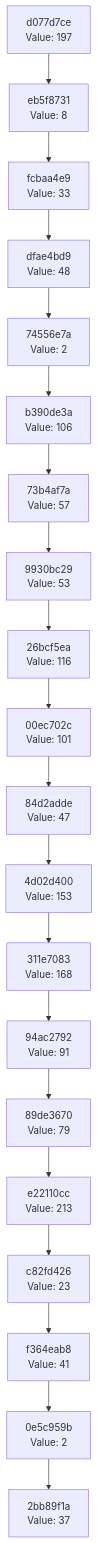
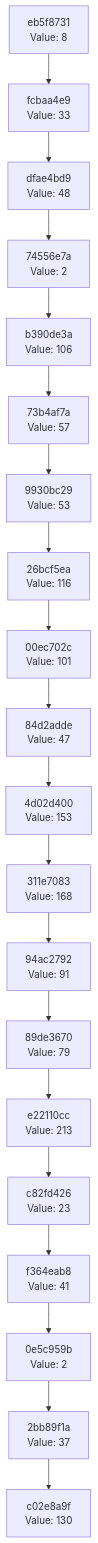
One commit to Abhisheksinha1506/hash-chain-evolver changed the diagram in docs/CHAIN_VISUALIZATION.md. Above: the diagram before and after it, drawn with Mermaid. The commit also changed 3 other files, not shown here.

````diff
--- a/docs/CHAIN_VISUALIZATION.md
+++ b/docs/CHAIN_VISUALIZATION.md
@@ -3,42 +3,42 @@
 ```mermaid
 graph TD
-    C0["2bb89f1a<br/>Value: 37"]
-    C1["0e5c959b<br/>Value: 2"]
+    C0["c02e8a9f<br/>Value: 130"]
+    C1["2bb89f1a<br/>Value: 37"]
     C1 --> C0
-    C2["f364eab8<br/>Value: 41"]
+    C2["0e5c959b<br/>Value: 2"]
     C2 --> C1
-    C3["c82fd426<br/>Value: 23"]
+    C3["f364eab8<br/>Value: 41"]
     C3 --> C2
-    C4["e22110cc<br/>Value: 213"]
+    C4["c82fd426<br/>Value: 23"]
     C4 --> C3
-    C5["89de3670<br/>Value: 79"]
+    C5["e22110cc<br/>Value: 213"]
     C5 --> C4
-    C6["94ac2792<br/>Value: 91"]
+    C6["89de3670<br/>Value: 79"]
     C6 --> C5
-    C7["311e7083<br/>Value: 168"]
+    C7["94ac2792<br/>Value: 91"]
     C7 --> C6
-    C8["4d02d400<br/>Value: 153"]
+    C8["311e7083<br/>Value: 168"]
     C8 --> C7
-    C9["84d2adde<br/>Value: 47"]
+    C9["4d02d400<br/>Value: 153"]
     C9 --> C8
-    C10["00ec702c<br/>Value: 101"]
+    C10["84d2adde<br/>Value: 47"]
     C10 --> C9
-    C11["26bcf5ea<br/>Value: 116"]
+    C11["00ec702c<br/>Value: 101"]
     C11 --> C10
-    C12["9930bc29<br/>Value: 53"]
+    C12["26bcf5ea<br/>Value: 116"]
     C12 --> C11
-    C13["73b4af7a<br/>Value: 57"]
+    C13["9930bc29<br/>Value: 53"]
     C13 --> C12
-    C14["b390de3a<br/>Value: 106"]
+    C14["73b4af7a<br/>Value: 57"]
     C14 --> C13
-    C15["74556e7a<br/>Value: 2"]
+    C15["b390de3a<br/>Value: 106"]
     C15 --> C14
-    C16["dfae4bd9<br/>Value: 48"]
+    C16["74556e7a<br/>Value: 2"]
     C16 --> C15
-    C17["fcbaa4e9<br/>Value: 33"]
+    C17["dfae4bd9<br/>Value: 48"]
     C17 --> C16
-    C18["eb5f8731<br/>Value: 8"]
+    C18["fcbaa4e9<br/>Value: 33"]
     C18 --> C17
-    C19["d077d7ce<br/>Value: 197"]
+    C19["eb5f8731<br/>Value: 8"]
     C19 --> C18
 ```
````
